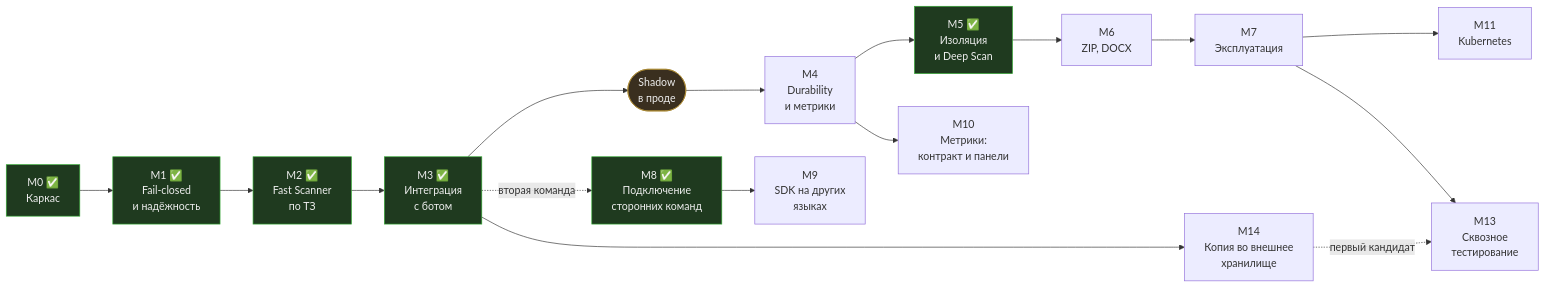
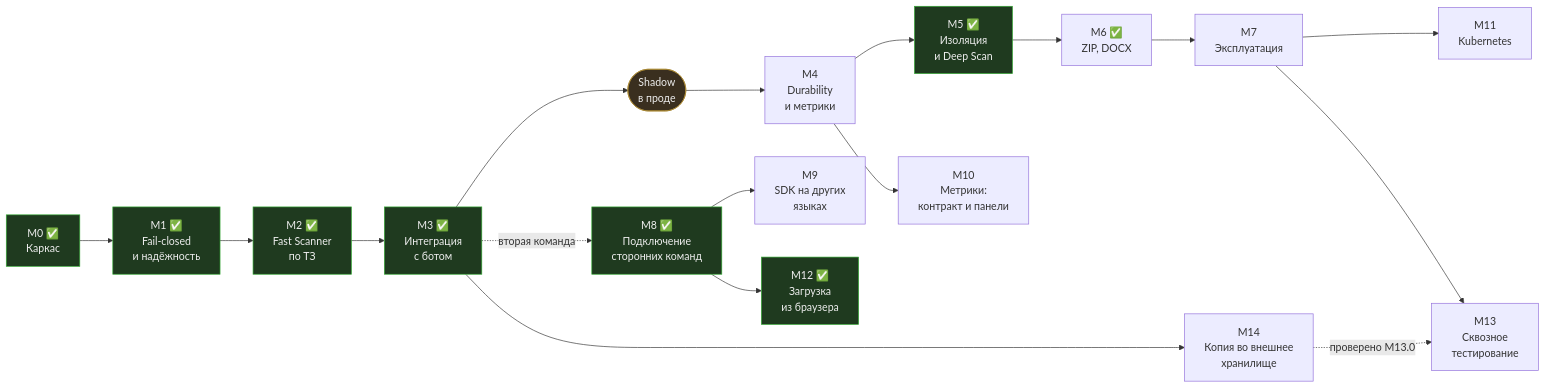
The diagram in ROADMAP.md (dato-dev/vulnscan), drawn with Mermaid before and after one commit. The commit also changed other lines of this file and 141 other files, not shown here.

````diff
--- a/ROADMAP.md
+++ b/ROADMAP.md
@@ -60,26 +73,28 @@
 ```mermaid
 flowchart LR
     M0["M0 ✅<br/>Каркас"] --> M1["M1 ✅<br/>Fail-closed<br/>и надёжность"]
     M1 --> M2["M2 ✅<br/>Fast Scanner<br/>по ТЗ"]
     M2 --> M3["M3 ✅<br/>Интеграция<br/>с ботом"]
     M3 --> PROD(["Shadow<br/>в проде"])
     PROD --> M4["M4<br/>Durability<br/>и метрики"]
     M4 --> M5["M5 ✅<br/>Изоляция<br/>и Deep Scan"]
-    M5 --> M6["M6<br/>ZIP, DOCX"]
+    M5 --> M6["M6 ✅<br/>ZIP, DOCX"]
     M6 --> M7["M7<br/>Эксплуатация"]
     M7 --> M11["M11<br/>Kubernetes"]
     M7 --> M13["M13<br/>Сквозное<br/>тестирование"]
     M3 --> M14["M14<br/>Копия во внешнее<br/>хранилище"]
-    M14 -.->|"первый кандидат"| M13
+    M14 -.->|"проверено M13.0"| M13
     M4 --> M10["M10<br/>Метрики:<br/>контракт и панели"]
     M8 --> M9["M9<br/>SDK на других<br/>языках"]
     M3 -.->|"вторая команда"| M8["M8 ✅<br/>Подключение<br/>сторонних команд"]
+    M8 --> M12["M12 ✅<br/>Загрузка<br/>из браузера"]
 
     style M0 fill:#1f3a1f,stroke:#3a3,color:#eee
     style M1 fill:#1f3a1f,stroke:#3a3,color:#eee
     style M2 fill:#1f3a1f,stroke:#3a3,color:#eee
     style M3 fill:#1f3a1f,stroke:#3a3,color:#eee
     style M5 fill:#1f3a1f,stroke:#3a3,color:#eee
     style M8 fill:#1f3a1f,stroke:#3a3,color:#eee
+    style M12 fill:#1f3a1f,stroke:#3a3,color:#eee
     style PROD fill:#3a2f1f,stroke:#a83,color:#eee
 ```
````
